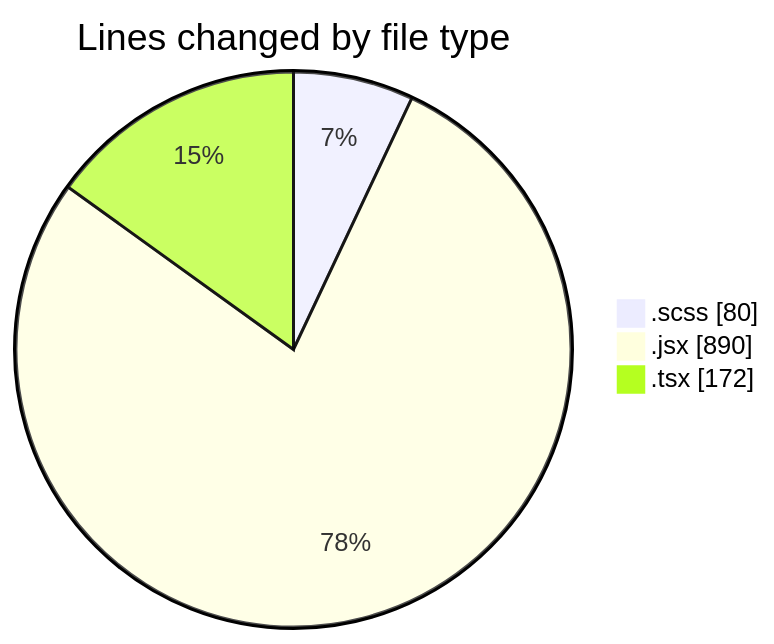
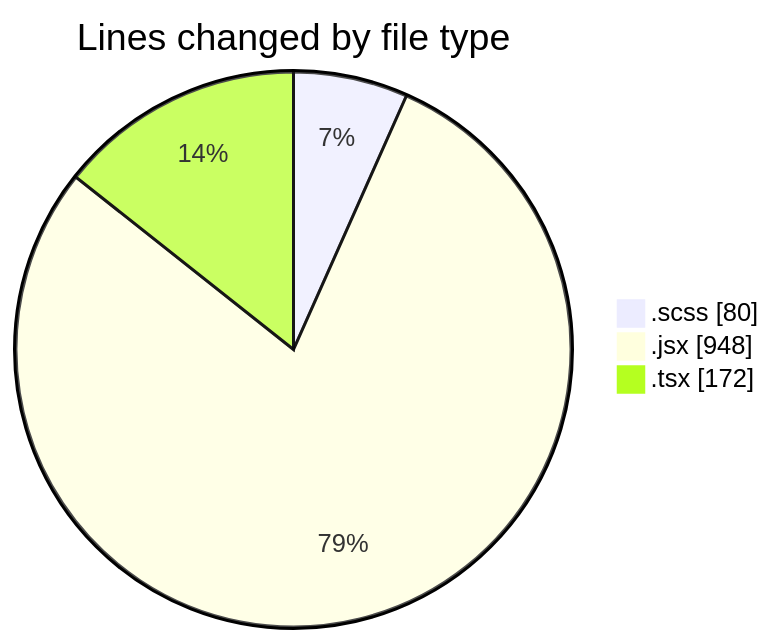
The first of 2 diagrams in 2025-06-03/cda/README.md (momahboobian/code-tracking), drawn with Mermaid before and after one commit. The commit also changed other lines of this file and 1 other file, not shown here.

````diff
--- a/2025-06-03/cda/README.md
+++ b/2025-06-03/cda/README.md
@@ -23,7 +24,7 @@
 ```mermaid
 pie showData
 title Lines changed by file type
 ".scss" : 80
-".jsx" : 890
+".jsx" : 948
 ".tsx" : 172
 ```
````
